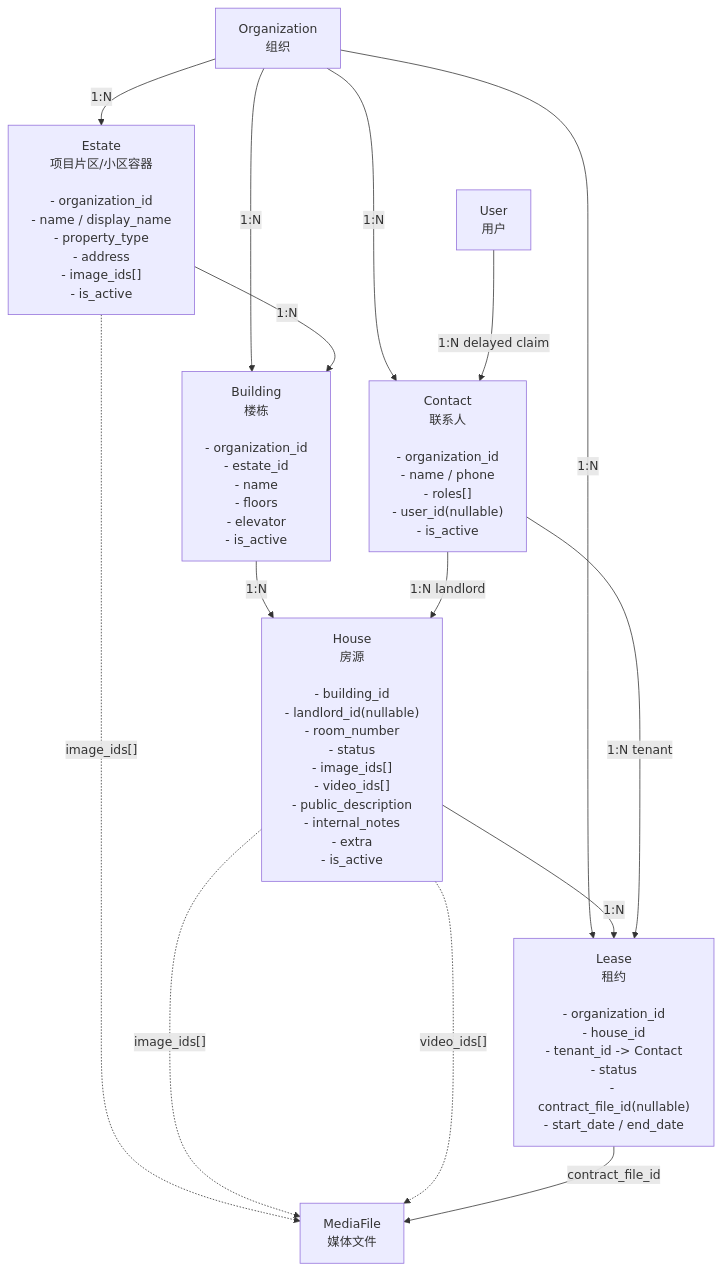
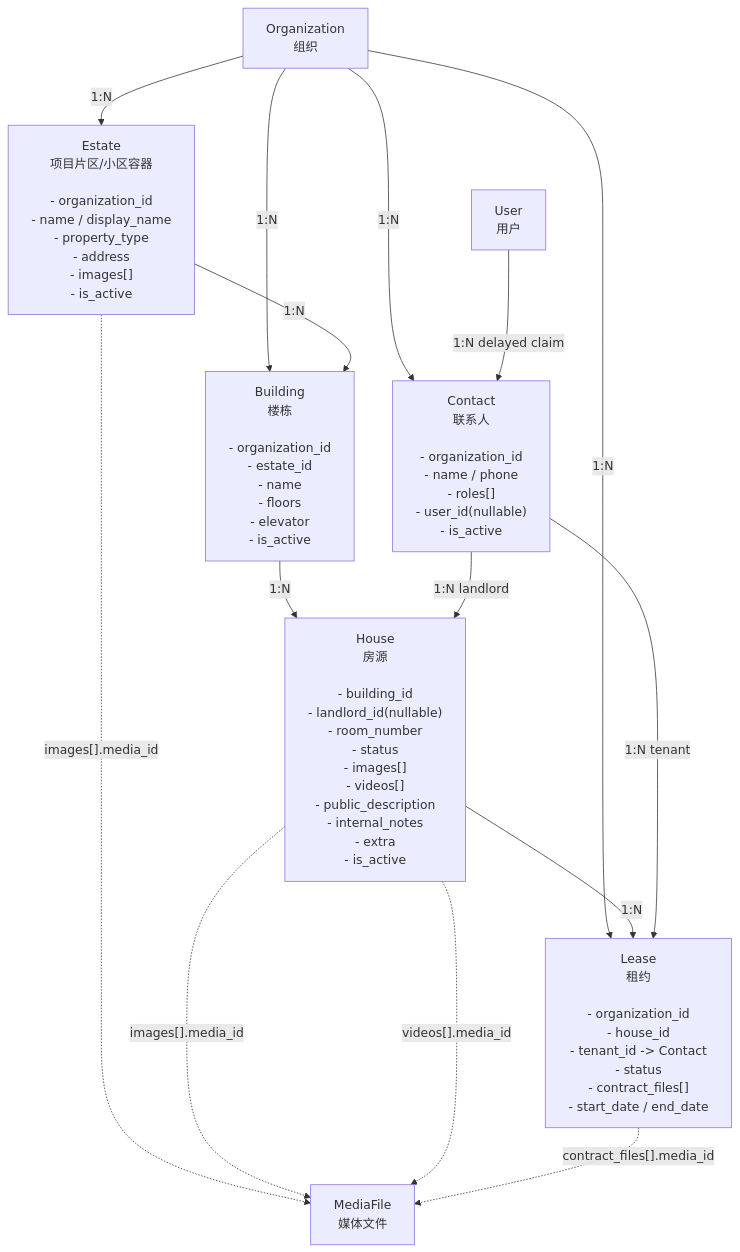
One commit to ol0o0lo/linkcloud-space changed the fourth of 6 diagrams in openspec/changes/property-rental-management/design.md. Above: the diagram before and after it, drawn with Mermaid. The commit also changed other lines of this file and 5 other files, not shown here.

````diff
--- a/openspec/changes/property-rental-management/design.md
+++ b/openspec/changes/property-rental-management/design.md
@@ -301,28 +302,28 @@
 ```mermaid
 flowchart TD
     org["Organization<br/>组织"]
     user["User<br/>用户"]
     media["MediaFile<br/>媒体文件"]
 
-    estate["Estate<br/>项目片区/小区容器<br/><br/>- organization_id<br/>- name / display_name<br/>- property_type<br/>- address<br/>- image_ids[]<br/>- is_active"]
+    estate["Estate<br/>项目片区/小区容器<br/><br/>- organization_id<br/>- name / display_name<br/>- property_type<br/>- address<br/>- images[]<br/>- is_active"]
     building["Building<br/>楼栋<br/><br/>- organization_id<br/>- estate_id<br/>- name<br/>- floors<br/>- elevator<br/>- is_active"]
-    house["House<br/>房源<br/><br/>- building_id<br/>- landlord_id(nullable)<br/>- room_number<br/>- status<br/>- image_ids[]<br/>- video_ids[]<br/>- public_description<br/>- internal_notes<br/>- extra<br/>- is_active"]
+    house["House<br/>房源<br/><br/>- building_id<br/>- landlord_id(nullable)<br/>- room_number<br/>- status<br/>- images[]<br/>- videos[]<br/>- public_description<br/>- internal_notes<br/>- extra<br/>- is_active"]
     contact["Contact<br/>联系人<br/><br/>- organization_id<br/>- name / phone<br/>- roles[]<br/>- user_id(nullable)<br/>- is_active"]
-    lease["Lease<br/>租约<br/><br/>- organization_id<br/>- house_id<br/>- tenant_id -> Contact<br/>- status<br/>- contract_file_id(nullable)<br/>- start_date / end_date"]
+    lease["Lease<br/>租约<br/><br/>- organization_id<br/>- house_id<br/>- tenant_id -> Contact<br/>- status<br/>- contract_files[]<br/>- start_date / end_date"]
 
     org -->|"1:N"| estate
     org -->|"1:N"| building
     org -->|"1:N"| contact
     org -->|"1:N"| lease
 
     estate -->|"1:N"| building
     building -->|"1:N"| house
     contact -->|"1:N landlord"| house
     house -->|"1:N"| lease
     contact -->|"1:N tenant"| lease
     user -->|"1:N delayed claim"| contact
-    estate -.->|"image_ids[]"| media
-    house -.->|"image_ids[]"| media
-    house -.->|"video_ids[]"| media
-    lease -->|"contract_file_id"| media
+    estate -.->|"images[].media_id"| media
+    house -.->|"images[].media_id"| media
+    house -.->|"videos[].media_id"| media
+    lease -.->|"contract_files[].media_id"| media
 ```
````
